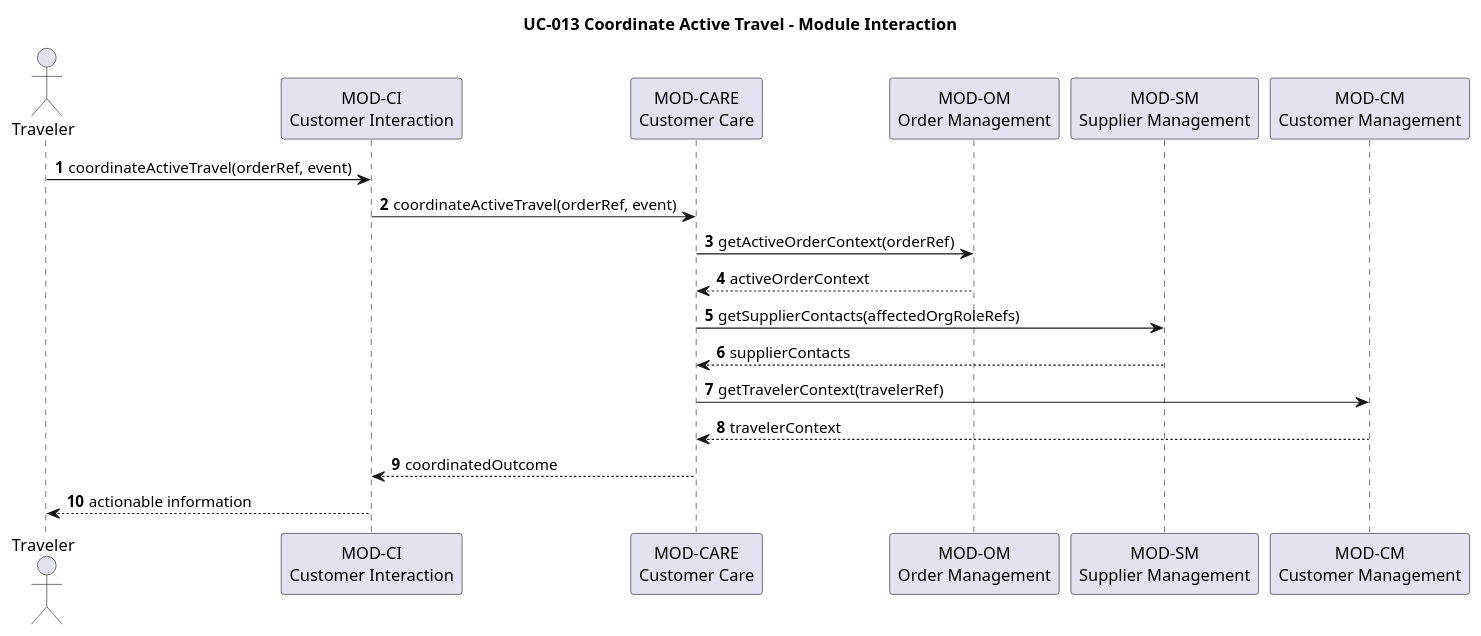
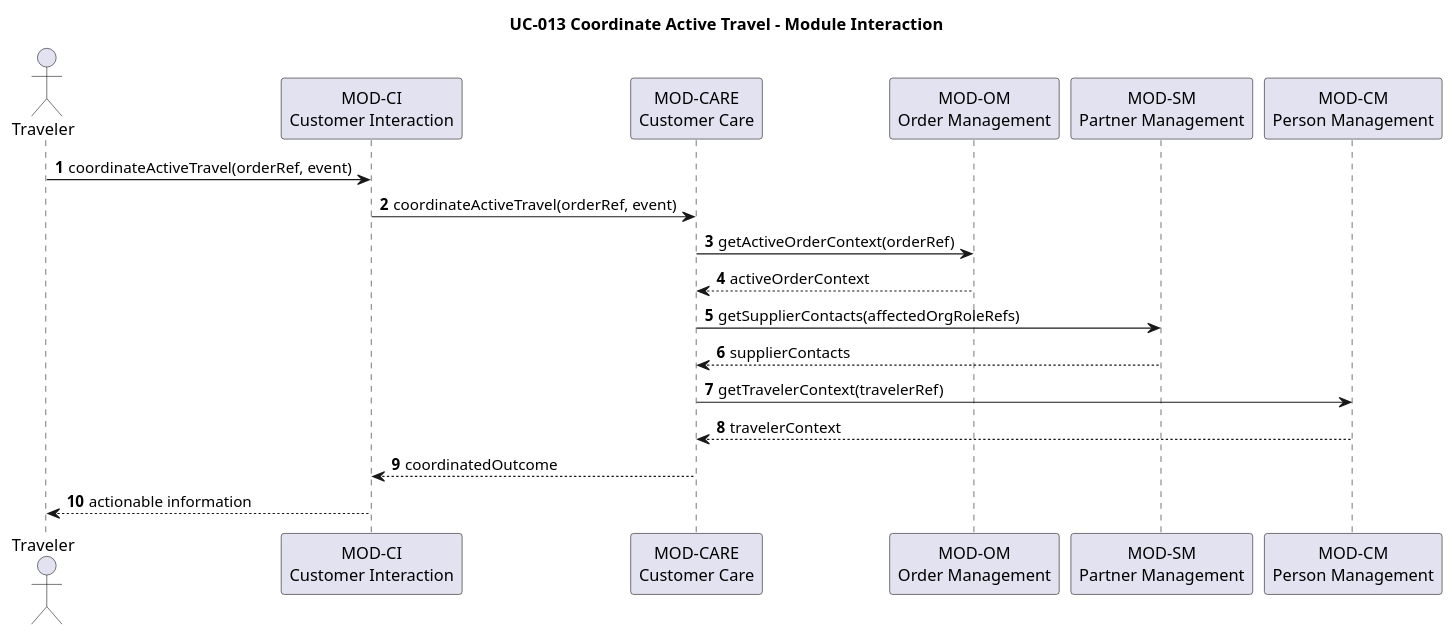
Before and after one commit to hochschule-darmstadt/a3se_app: the diagram in docs/architecture/software-architecture/uc-013-coordinate-active-travel.puml, drawn with PlantUML. The commit also changed 31 other files, not shown here.

```diff
--- a/docs/architecture/software-architecture/uc-013-coordinate-active-travel.puml
+++ b/docs/architecture/software-architecture/uc-013-coordinate-active-travel.puml
@@ -1,21 +1,21 @@
 @startuml
 title UC-013 Coordinate Active Travel - Module Interaction
 autonumber
 actor Traveler
 participant "MOD-CI\nCustomer Interaction" as CI
 participant "MOD-CARE\nCustomer Care" as CARE
 participant "MOD-OM\nOrder Management" as OM
-participant "MOD-SM\nSupplier Management" as SM
-participant "MOD-CM\nCustomer Management" as CM
+participant "MOD-SM\nPartner Management" as SM
+participant "MOD-CM\nPerson Management" as CM
 
 Traveler -> CI: coordinateActiveTravel(orderRef, event)
 CI -> CARE: coordinateActiveTravel(orderRef, event)
 CARE -> OM: getActiveOrderContext(orderRef)
 OM --> CARE: activeOrderContext
 CARE -> SM: getSupplierContacts(affectedOrgRoleRefs)
 SM --> CARE: supplierContacts
 CARE -> CM: getTravelerContext(travelerRef)
 CM --> CARE: travelerContext
 CARE --> CI: coordinatedOutcome
 CI --> Traveler: actionable information
 @enduml
```
